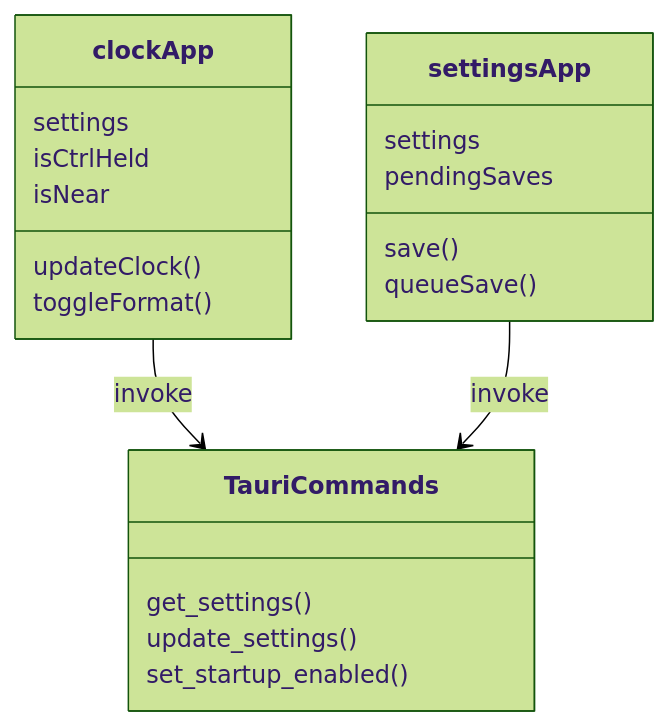
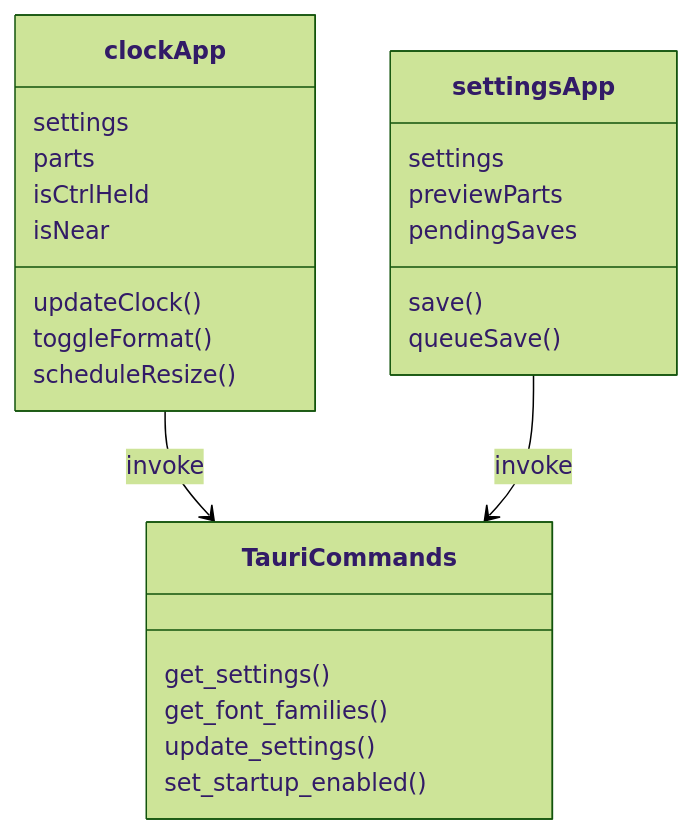
The first of 2 diagrams in src/doc/workflow_diagram.md (tbkmax/TopClock), drawn with Mermaid (forest theme) before and after one commit. The commit also changed other lines of this file and 30 other files, not shown here.

````diff
--- a/src/doc/workflow_diagram.md
+++ b/src/doc/workflow_diagram.md
@@ -5,23 +5,27 @@
 ```mermaid
 classDiagram
     class clockApp {
       settings
+      parts
       isCtrlHeld
       isNear
       updateClock()
       toggleFormat()
+      scheduleResize()
     }
     class settingsApp {
       settings
+      previewParts
       pendingSaves
       save()
       queueSave()
     }
     class TauriCommands {
       get_settings()
+      get_font_families()
       update_settings()
       set_startup_enabled()
     }
     clockApp --> TauriCommands : invoke
     settingsApp --> TauriCommands : invoke
 ```
````
